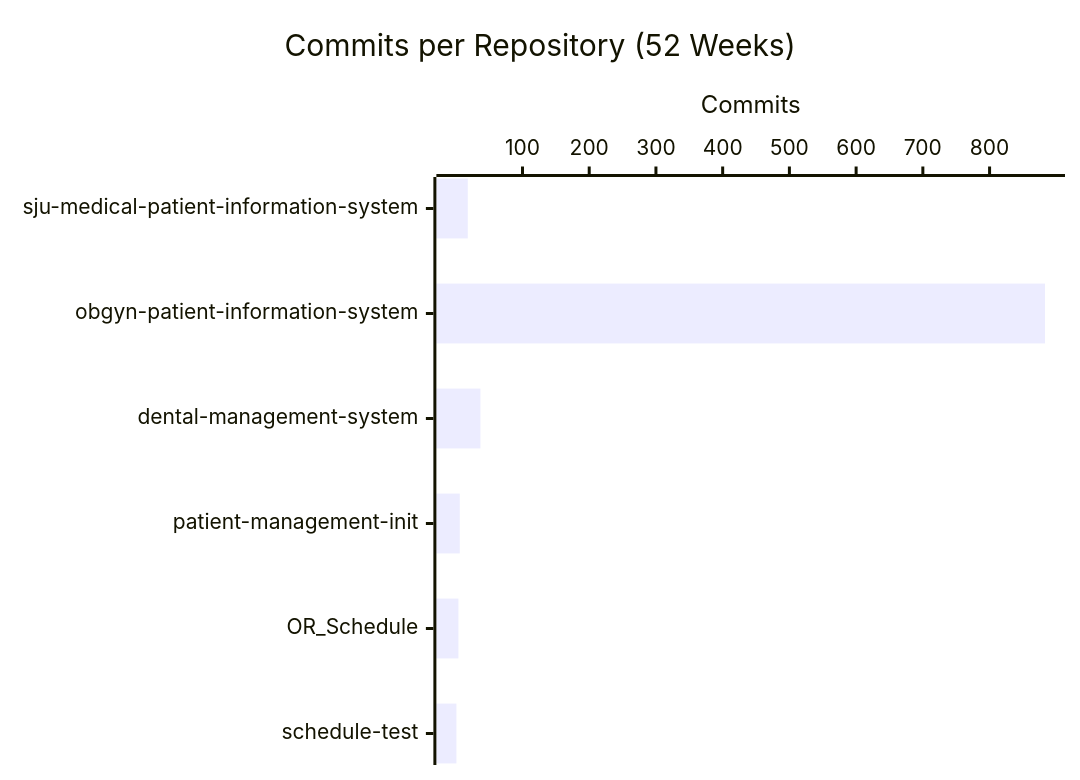
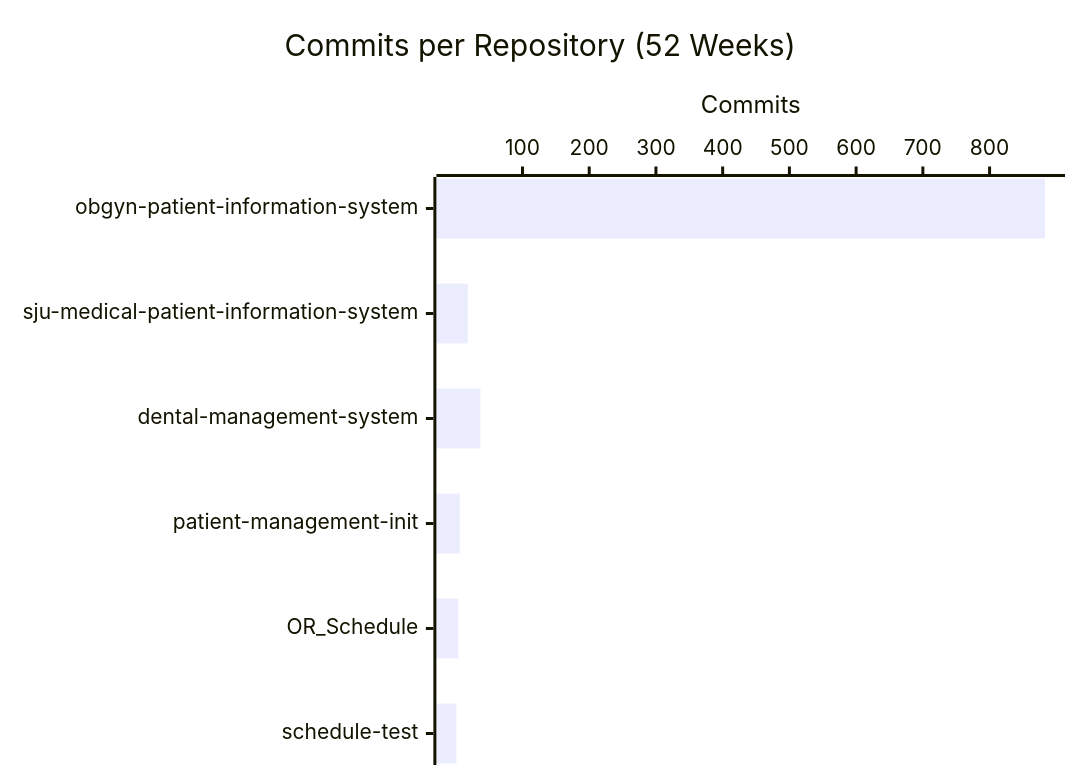
Before and after one commit to CSTH-Projects/.github: the second of 4 diagrams in profile/README.md, drawn with Mermaid. The commit also changed other lines of this file, not shown here.

````diff
--- a/profile/README.md
+++ b/profile/README.md
@@ -24,7 +24,7 @@
 ```mermaid
 xychart-beta horizontal
     title "Commits per Repository (52 Weeks)"
-    x-axis ["sju-medical-patient-information-system", "obgyn-patient-information-system", "dental-management-system", "patient-management-init", "OR_Schedule", "schedule-test"]
+    x-axis ["obgyn-patient-information-system", "sju-medical-patient-information-system", "dental-management-system", "patient-management-init", "OR_Schedule", "schedule-test"]
     y-axis "Commits"
-    bar [18, 883, 37, 6, 4, 1]
+    bar [883, 18, 37, 6, 4, 1]
 ```
````
